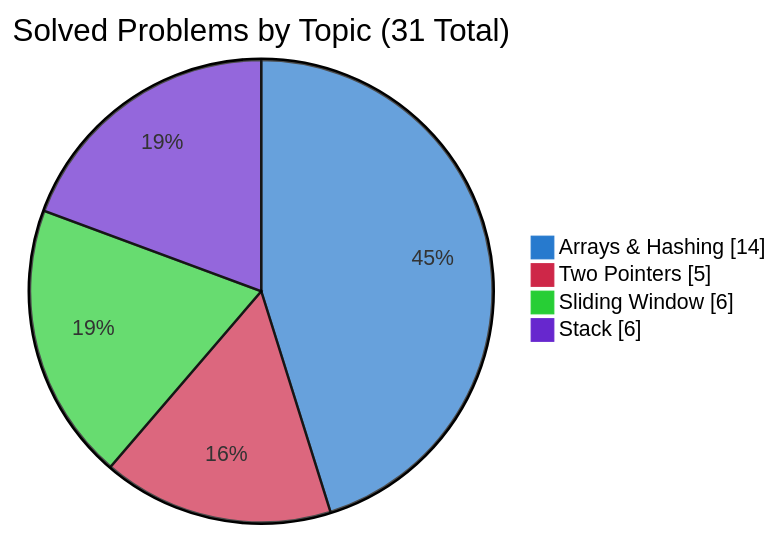
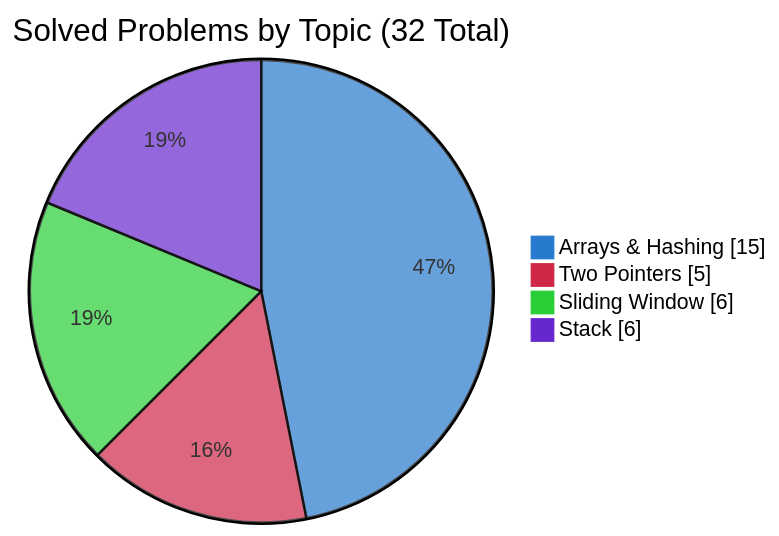
The second of 3 diagrams in README.md (simonesiega/leetcode-solutions), drawn with Mermaid before and after one commit. The commit also changed other lines of this file and 3 other files, not shown here.

````diff
--- a/README.md
+++ b/README.md
@@ -78,9 +78,9 @@
 ```mermaid
 %%{init: {"themeVariables":{"pie1":"#277ace","pie2":"#ce2748","pie3":"#27ce35","pie4":"#6727ce"},"themeCSS":".pieCircle:nth-of-type(1){fill:#277ace!important}.legend:nth-of-type(2) rect{fill:#277ace!important;stroke:#277ace!important}.pieCircle:nth-of-type(2){fill:#ce2748!important}.legend:nth-of-type(3) rect{fill:#ce2748!important;stroke:#ce2748!important}.pieCircle:nth-of-type(3){fill:#27ce35!important}.legend:nth-of-type(4) rect{fill:#27ce35!important;stroke:#27ce35!important}.pieCircle:nth-of-type(4){fill:#6727ce!important}.legend:nth-of-type(5) rect{fill:#6727ce!important;stroke:#6727ce!important}"}}%%
 pie showData
-    title Solved Problems by Topic (31 Total)
-    "Arrays & Hashing" : 14
+    title Solved Problems by Topic (32 Total)
+    "Arrays & Hashing" : 15
     "Two Pointers" : 5
     "Sliding Window" : 6
     "Stack" : 6
 ```
````
